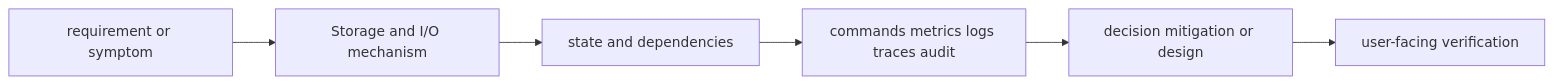
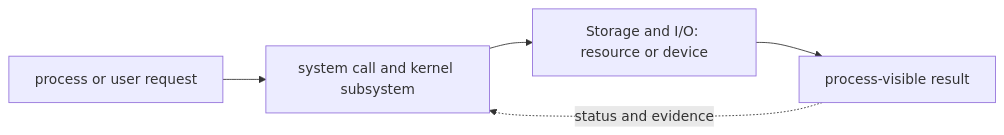
One commit to tomkidumbuyo/DevOps-interview-preparation changed the diagram in 02-linux/08-storage-and-i-o/README.md. Above: the diagram before and after it, drawn with Mermaid. The commit also changed other lines of this file and 753 other files, not shown here.

````diff
--- a/02-linux/08-storage-and-i-o/README.md
+++ b/02-linux/08-storage-and-i-o/README.md
@@ -21,8 +31,7 @@
 ```mermaid
 flowchart LR
-  R[requirement or symptom] --> M[Storage and I/O mechanism]
-  M --> S[state and dependencies]
-  S --> O[commands metrics logs traces audit]
-  O --> D[decision mitigation or design]
-  D --> V[user-facing verification]
+  A["process or user request"] --> B["system call and kernel subsystem"]
+  B --> C["Storage and I/O: resource or device"]
+  C --> D["process-visible result"]
+  D -. "status and evidence" .-> B
 ```
````
